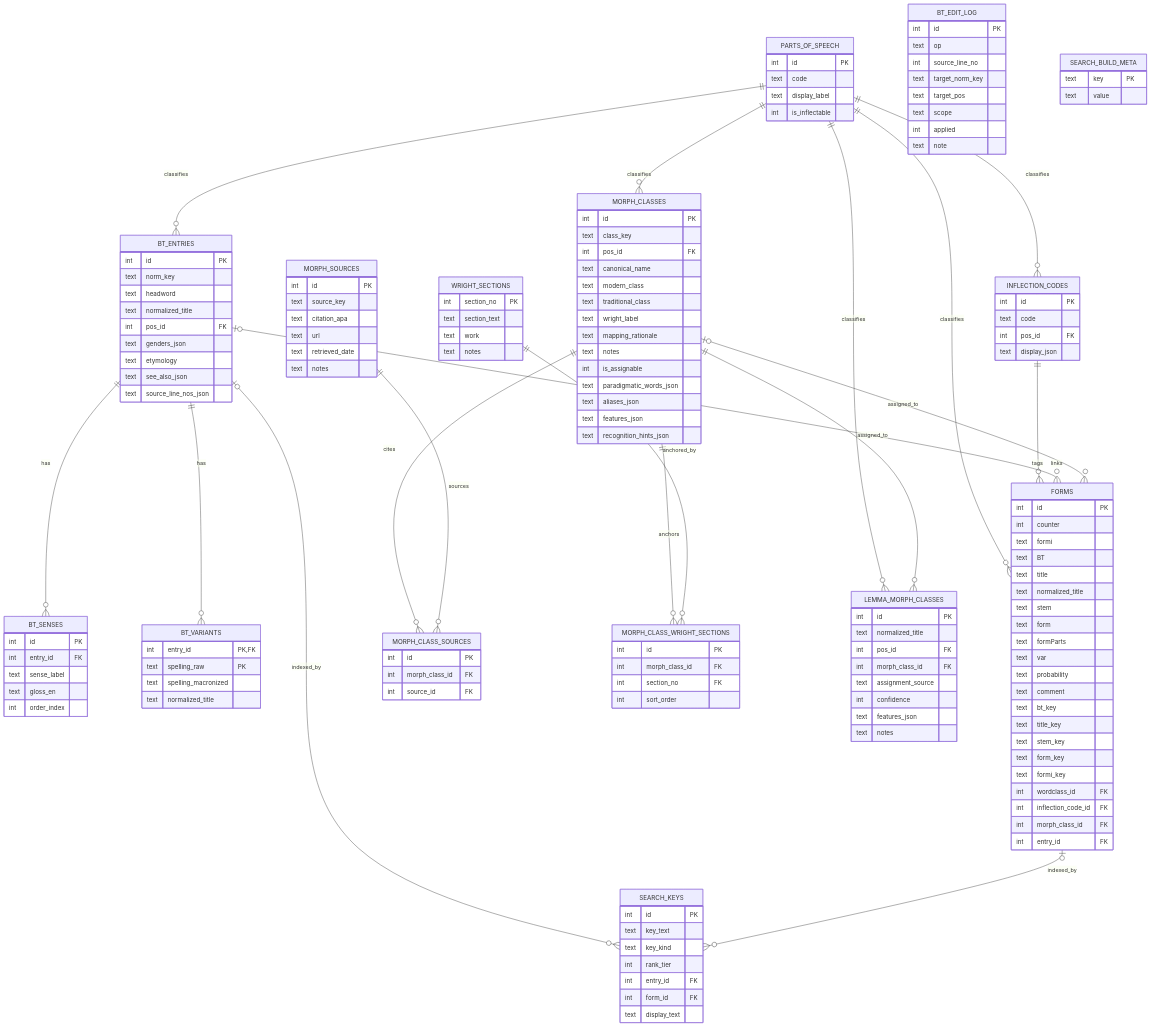
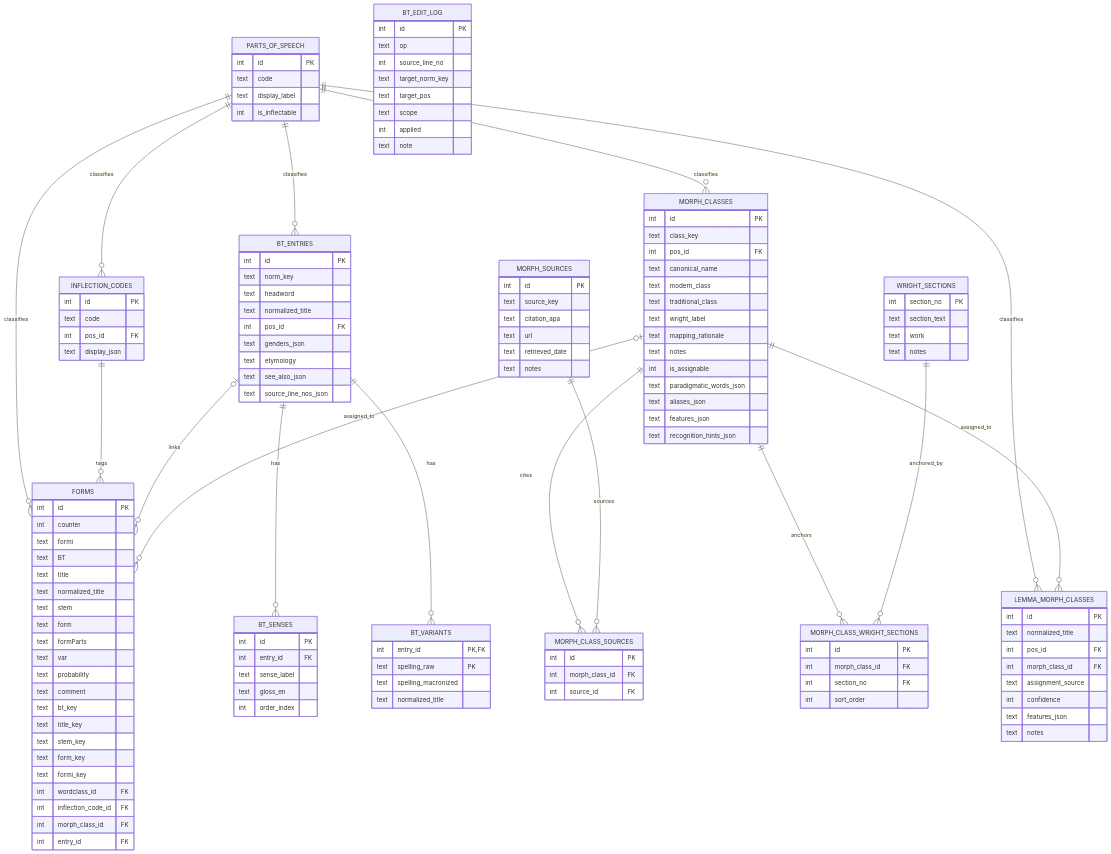
One commit to cmalek/wyrdcraeft changed the diagram in doc/source/architecture/index.rst. Above: the diagram before and after it, drawn with Mermaid. The commit also changed other lines of this file and 51 other files, not shown here.

First line of the commit message:
Dictionary browse: drop search_keys and query bt_* directly.

```diff
--- a/doc/source/architecture/index.rst
+++ b/doc/source/architecture/index.rst
@@ -234,21 +237,6 @@
            text notes
        }
 
-       SEARCH_KEYS {
-           int id PK
-           text key_text
-           text key_kind
-           int rank_tier
-           int entry_id FK
-           int form_id FK
-           text display_text
-       }
-
-       SEARCH_BUILD_META {
-           text key PK
-           text value
-       }
-
        PARTS_OF_SPEECH ||--o{ INFLECTION_CODES : classifies
        PARTS_OF_SPEECH ||--o{ BT_ENTRIES : classifies
        PARTS_OF_SPEECH ||--o{ MORPH_CLASSES : classifies
@@ -267,6 +255,3 @@
        WRIGHT_SECTIONS ||--o{ MORPH_CLASS_WRIGHT_SECTIONS : anchored_by
        MORPH_CLASSES ||--o{ LEMMA_MORPH_CLASSES : assigned_to
        MORPH_CLASSES o|--o{ FORMS : assigned_to
-
-       BT_ENTRIES o|--o{ SEARCH_KEYS : indexed_by
-       FORMS o|--o{ SEARCH_KEYS : indexed_by
```
